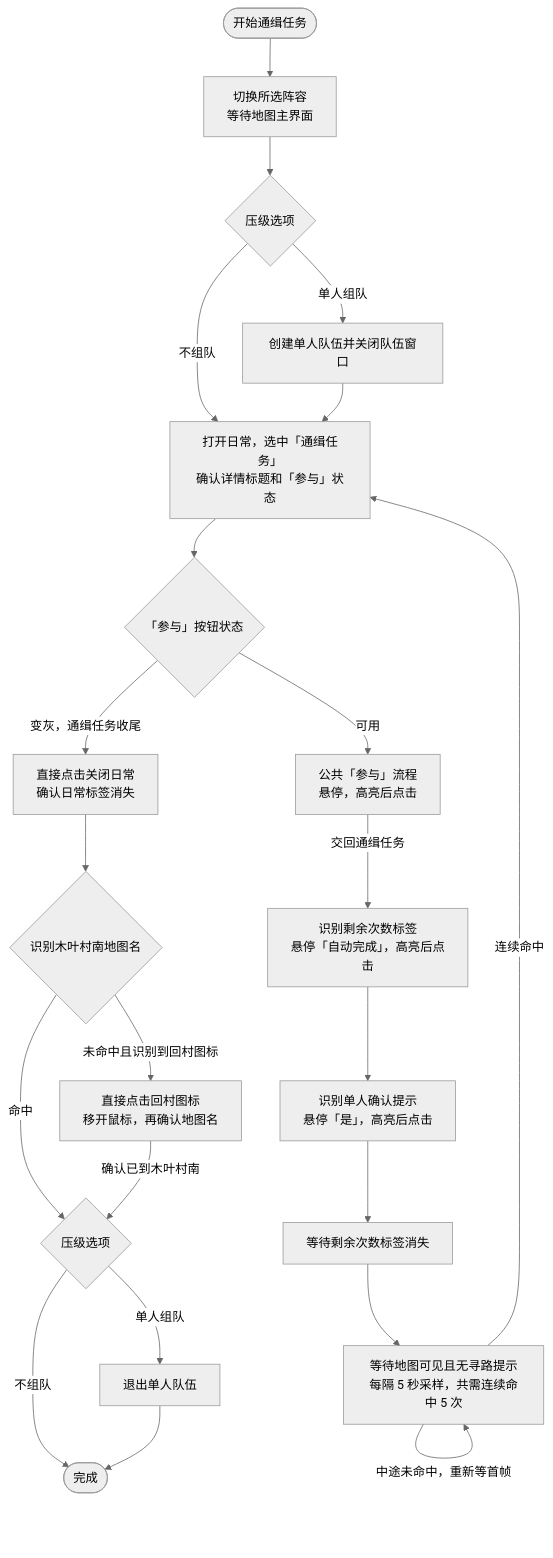
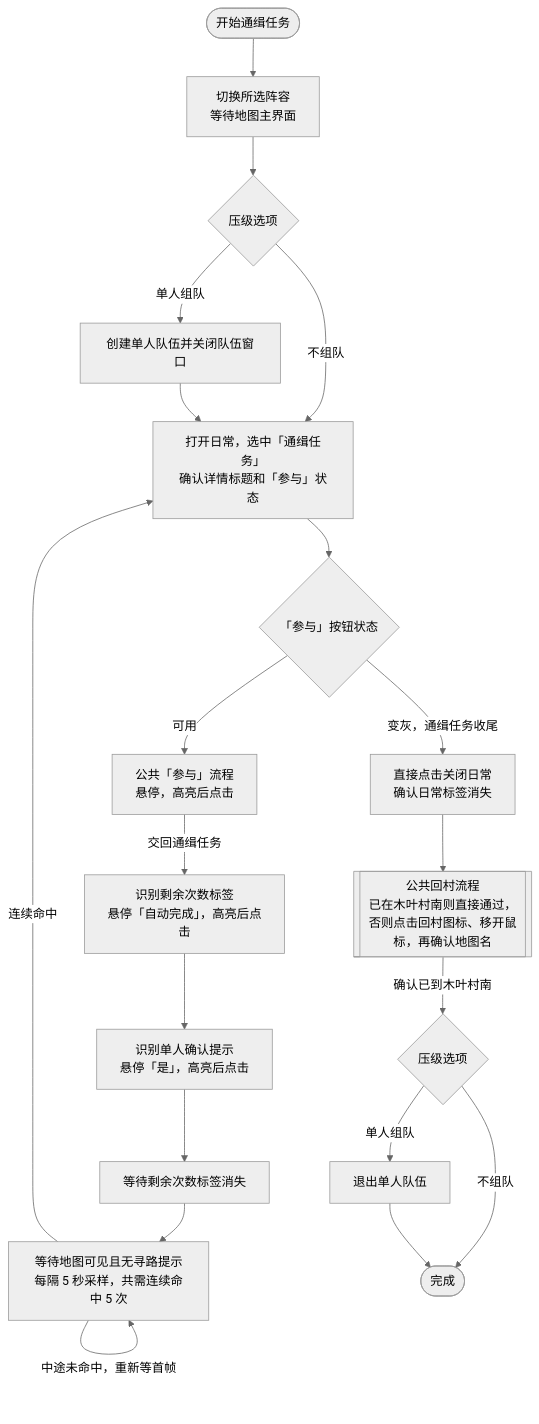
Before and after one commit to ArcherSore/MaaNOP: the first of 2 diagrams in docs/zh_cn/流程图/通缉任务.md, drawn with Mermaid (neutral theme). The commit also changed other lines of this file and 4 other files, not shown here.

````diff
--- a/docs/zh_cn/流程图/通缉任务.md
+++ b/docs/zh_cn/流程图/通缉任务.md
@@ -9,26 +9,24 @@
 ```mermaid
 flowchart TD
     Start([开始通缉任务]) --> Team["切换所选阵容<br/>等待地图主界面"]
     Team --> Mode{"压级选项"}
     Mode -->|不组队| Daily
     Mode -->|单人组队| Create["创建单人队伍并关闭队伍窗口"]
     Create --> Daily["打开日常，选中「通缉任务」<br/>确认详情标题和「参与」状态"]
     Daily --> Join{"「参与」按钮状态"}
 
     Join -->|可用| JoinClick["公共「参与」流程<br/>悬停，高亮后点击"]
     JoinClick -->|交回通缉任务| Auto["识别剩余次数标签<br/>悬停「自动完成」，高亮后点击"]
     Auto --> Confirm["识别单人确认提示<br/>悬停「是」，高亮后点击"]
     Confirm --> Started["等待剩余次数标签消失"]
     Started --> Idle["等待地图可见且无寻路提示<br/>每隔 5 秒采样，共需连续命中 5 次"]
     Idle -->|中途未命中，重新等首帧| Idle
     Idle -->|连续命中| Daily
 
     Join -->|变灰，通缉任务收尾| Close["直接点击关闭日常<br/>确认日常标签消失"]
-    Close --> Village{"识别木叶村南地图名"}
-    Village -->|命中| FinishMode{"压级选项"}
-    Village -->|未命中且识别到回村图标| Return["直接点击回村图标<br/>移开鼠标，再确认地图名"]
-    Return -->|确认已到木叶村南| FinishMode
+    Close --> Return[["公共回村流程<br/>已在木叶村南则直接通过，否则点击回村图标、移开鼠标，再确认地图名"]]
+    Return -->|确认已到木叶村南| FinishMode{"压级选项"}
     FinishMode -->|不组队| End([完成])
     FinishMode -->|单人组队| Leave["退出单人队伍"]
     Leave --> End
 ```
````
